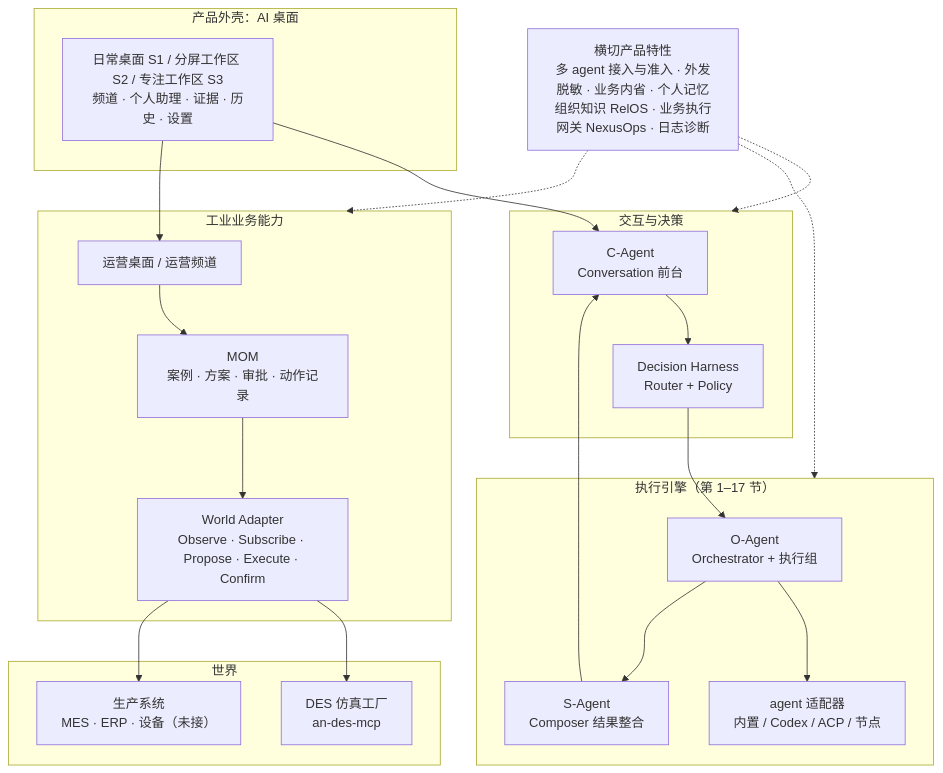
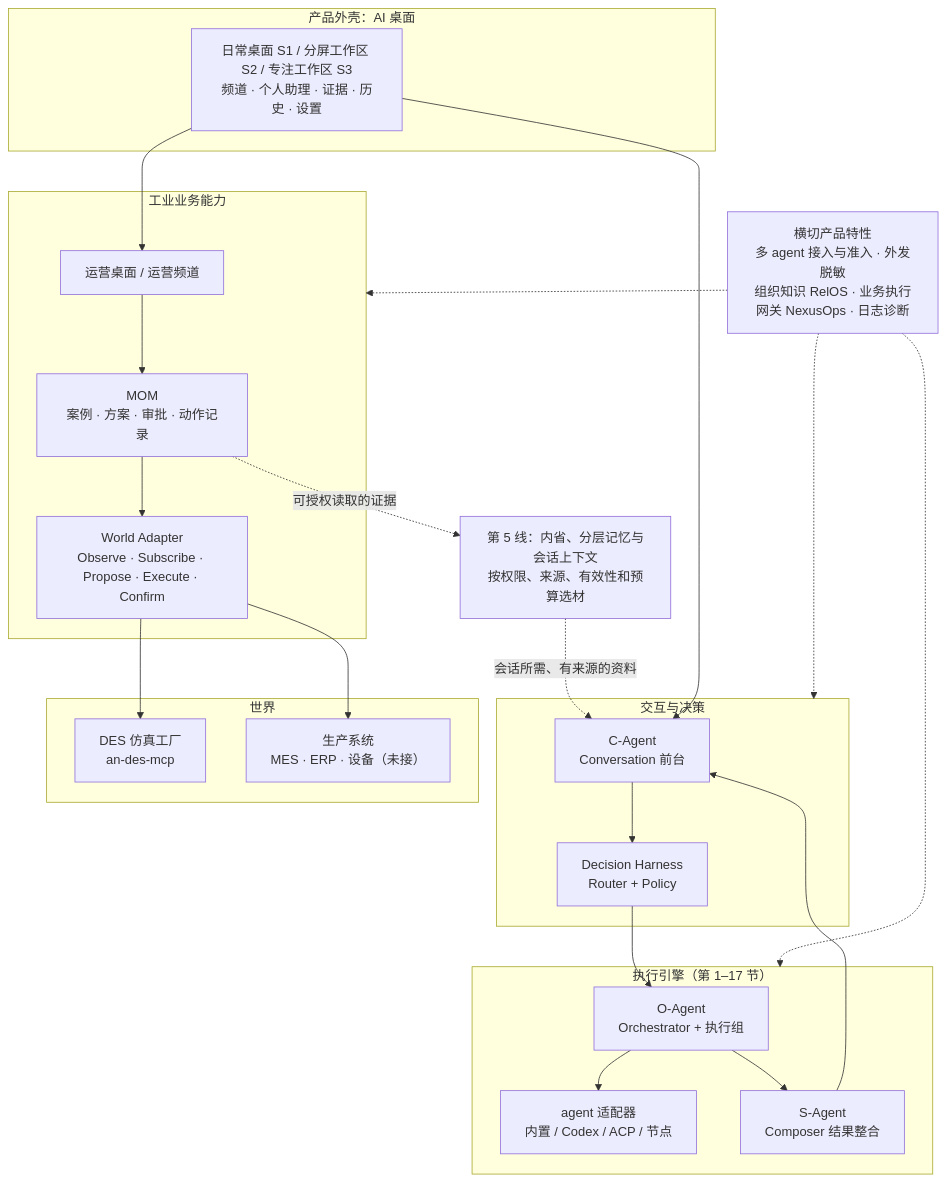
Before and after one commit to Grant-Huang/multi-agent-conv-mvp: the first of 9 diagrams in docs/DESIGN.md, drawn with Mermaid. The commit also changed other lines of this file and 9 other files, not shown here.

````diff
--- a/docs/DESIGN.md
+++ b/docs/DESIGN.md
@@ -50,34 +51,37 @@
 ```mermaid
 flowchart TB
     subgraph Shell["产品外壳：AI 桌面"]
         D["日常桌面 S1 / 分屏工作区 S2 / 专注工作区 S3<br/>频道 · 个人助理 · 证据 · 历史 · 设置"]
     end
     subgraph Decide["交互与决策"]
         C["C-Agent<br/>Conversation 前台"]
         H["Decision Harness<br/>Router + Policy"]
     end
     subgraph Engine["执行引擎（第 1–17 节）"]
         O["O-Agent<br/>Orchestrator + 执行组"]
         A["agent 适配器<br/>内置 / Codex / ACP / 节点"]
         S["S-Agent<br/>Composer 结果整合"]
     end
     subgraph Biz["工业业务能力"]
         M["MOM<br/>案例 · 方案 · 审批 · 动作记录"]
         OPS["运营桌面 / 运营频道"]
         W["World Adapter<br/>Observe · Subscribe · Propose · Execute · Confirm"]
     end
     subgraph World["世界"]
         DES["DES 仿真工厂<br/>an-des-mcp"]
         PRD["生产系统<br/>MES · ERP · 设备（未接）"]
     end
-    X["横切产品特性<br/>多 agent 接入与准入 · 外发脱敏 · 业务内省 · 个人记忆<br/>组织知识 RelOS · 业务执行网关 NexusOps · 日志诊断"]
+    X["横切产品特性<br/>多 agent 接入与准入 · 外发脱敏<br/>组织知识 RelOS · 业务执行网关 NexusOps · 日志诊断"]
 
+    K["第 5 线：内省、分层记忆与会话上下文<br/>按权限、来源、有效性和预算选材"]
+    M -. "可授权读取的证据" .-> K
+    K -. "会话所需、有来源的资料" .-> C
     D --> C --> H --> O --> A
     O --> S --> C
     D --> OPS --> M --> W
     W --> DES
     W --> PRD
     X -.-> Decide
     X -.-> Engine
     X -.-> Biz
 ```
````
